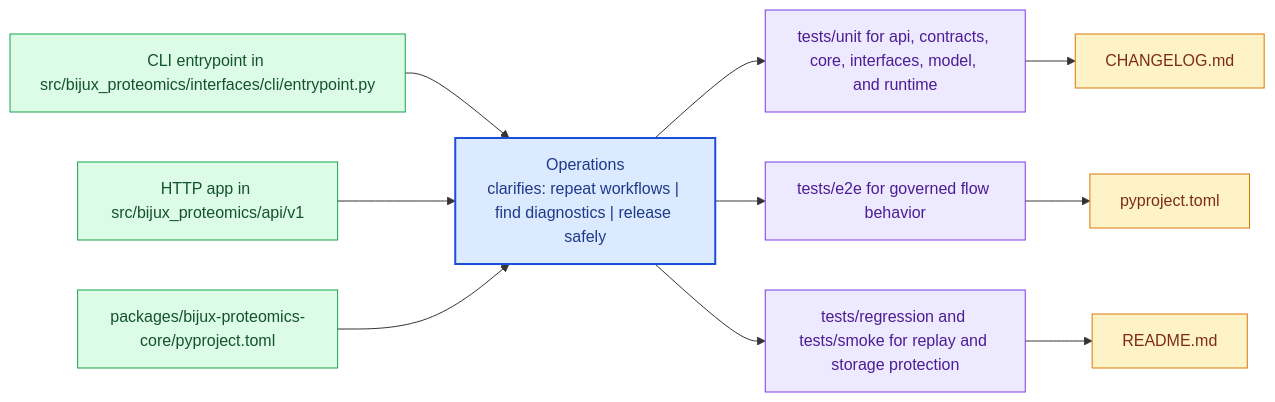
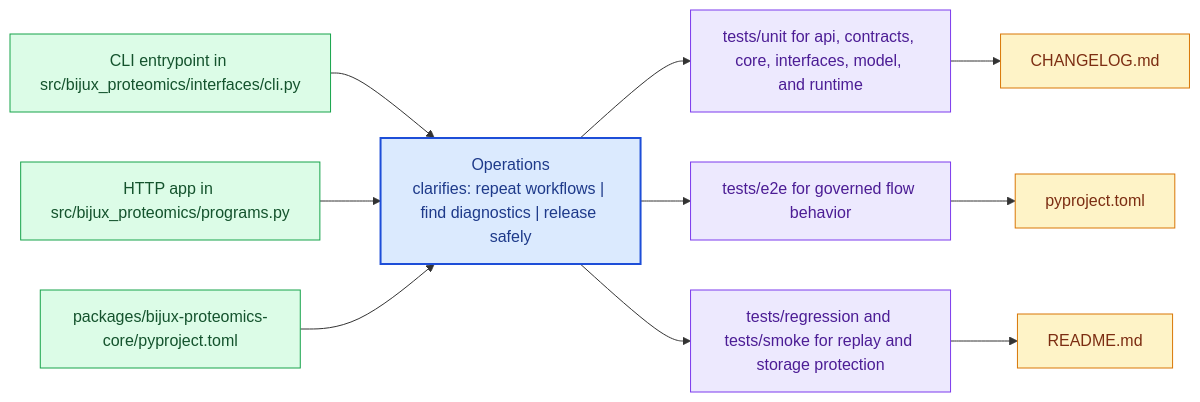
One commit to bijux/bijux-proteomics changed the diagram in docs/bijux-proteomics-core/operations/index.md. Above: the diagram before and after it, drawn with Mermaid. The commit also changed 24 other files, not shown here.

Commit message:
docs(bijux-proteomics-core): realign handbook around program contracts and lifecycle models

````diff
--- a/docs/bijux-proteomics-core/operations/index.md
+++ b/docs/bijux-proteomics-core/operations/index.md
@@ -20,31 +20,31 @@
 ```mermaid
 flowchart LR
     page["Operations<br/>clarifies: repeat workflows | find diagnostics | release safely"]
     classDef page fill:#dbeafe,stroke:#1d4ed8,color:#1e3a8a,stroke-width:2px;
     classDef positive fill:#dcfce7,stroke:#16a34a,color:#14532d;
     classDef caution fill:#fee2e2,stroke:#dc2626,color:#7f1d1d;
     classDef anchor fill:#ede9fe,stroke:#7c3aed,color:#4c1d95;
     classDef action fill:#fef3c7,stroke:#d97706,color:#7c2d12;
-    step1["CLI entrypoint in src/bijux_proteomics/interfaces/cli/entrypoint.py"]
+    step1["CLI entrypoint in src/bijux_proteomics/interfaces/cli.py"]
     step1 --> page
-    step2["HTTP app in src/bijux_proteomics/api/v1"]
+    step2["HTTP app in src/bijux_proteomics/programs.py"]
     step2 --> page
     step3["packages/bijux-proteomics-core/pyproject.toml"]
     step3 --> page
     run1["tests/unit for api, contracts, core, interfaces, model, and runtime"]
     page --> run1
     run2["tests/e2e for governed flow behavior"]
     page --> run2
     run3["tests/regression and tests/smoke for replay and storage protection"]
     page --> run3
     release1["CHANGELOG.md"]
     run1 --> release1
     release2["pyproject.toml"]
     run2 --> release2
     release3["README.md"]
     run3 --> release3
     class page page;
     class step1,step2,step3 positive;
     class run1,run2,run3 anchor;
     class release1,release2,release3 action;
 ```
````
